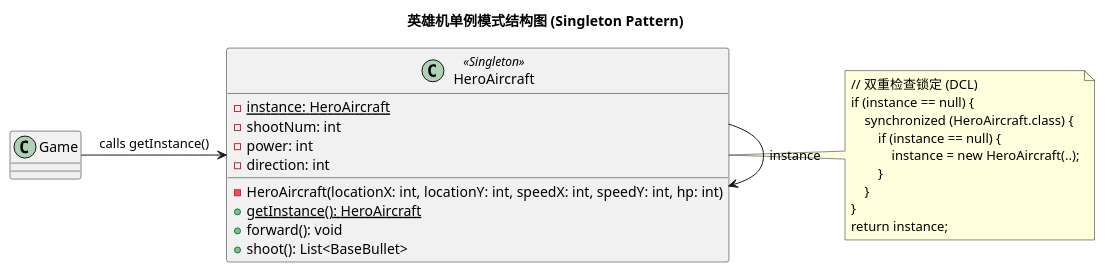
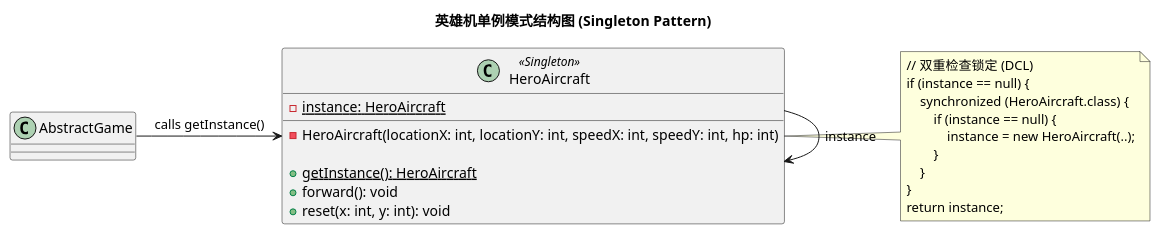
Before and after one commit to Leslie-1341/AircraftWar-base1.0: the diagram in uml/Singleton.puml, drawn with PlantUML. The commit also changed 22 other files, not shown here.

Commit message:
完善了uml类图和部分代码

```diff
--- a/uml/Singleton.puml
+++ b/uml/Singleton.puml
@@ -1,54 +1,49 @@
 @startuml
-'https://plantuml.com/class-diagram
 title 英雄机单例模式结构图 (Singleton Pattern)
 
-' ==========================================
+' ==========
 ' 客户端调用方
-' ==========================================
-class Game {
-}
+' ==========
+class AbstractGame {}
 
-' ==========================================
+' ==========
 ' 单例类 (Singleton)
-' ==========================================
+' ==========
 class HeroAircraft <<Singleton>> {
-    ' 私有静态变量 (带下划线体现 static)
+    ' 私有静态变量，持有自身唯一实例
     - {static} instance: HeroAircraft
-    ' 成员变量
-    - shootNum: int
-    - power: int
-    - direction: int
-
-    ' 私有构造函数，阻断外部 new 实例化
+    
+    ' 私有构造函数，阻断外部实例化
     - HeroAircraft(locationX: int, locationY: int, speedX: int, speedY: int, hp: int)
+    
     ' 公有静态方法，提供全局唯一访问点
     + {static} getInstance(): HeroAircraft
     + forward(): void
-    + shoot(): List<BaseBullet>
+    + reset(x: int, y: int): void
 }
 
-' ===================================
+' =======
 ' 关系连线
-' ===================================
+' =======
 ' 1. 客户端调用获取实例
-Game -> HeroAircraft : calls getInstance()
+AbstractGame -> HeroAircraft : calls getInstance()
 
 ' 2. 单例模式核心：持有自身的实例引用
 HeroAircraft --> HeroAircraft : instance
 
-' ====================================
-' 逻辑注释卡片（可选）
-' ====================================
+' ========
+' 逻辑注释卡片
+' ========
 note right of HeroAircraft
   // 双重检查锁定 (DCL)
   if (instance == null) {
       synchronized (HeroAircraft.class) {
           if (instance == null) {
               instance = new HeroAircraft(..);
           }
       }
   }
   return instance;
 end note
 
 @enduml
```
